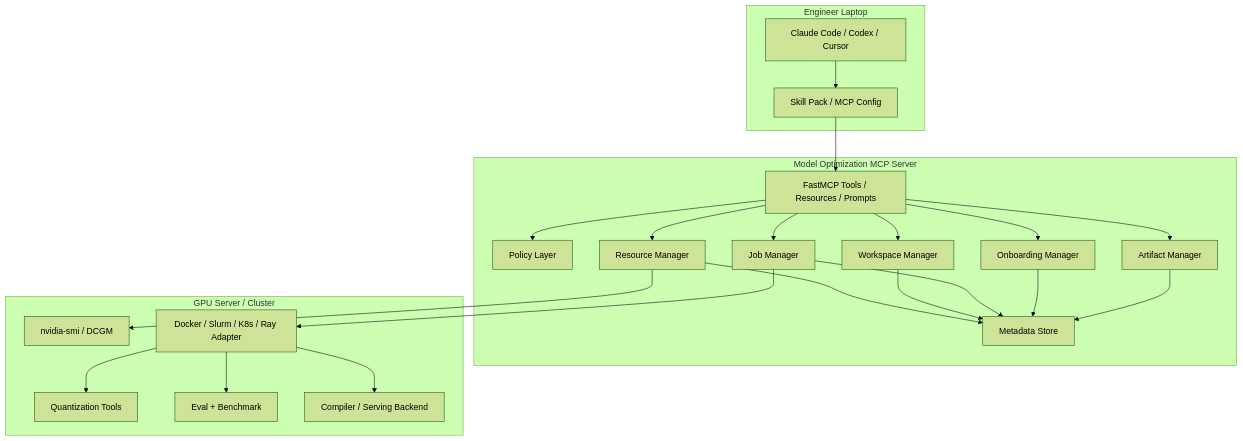
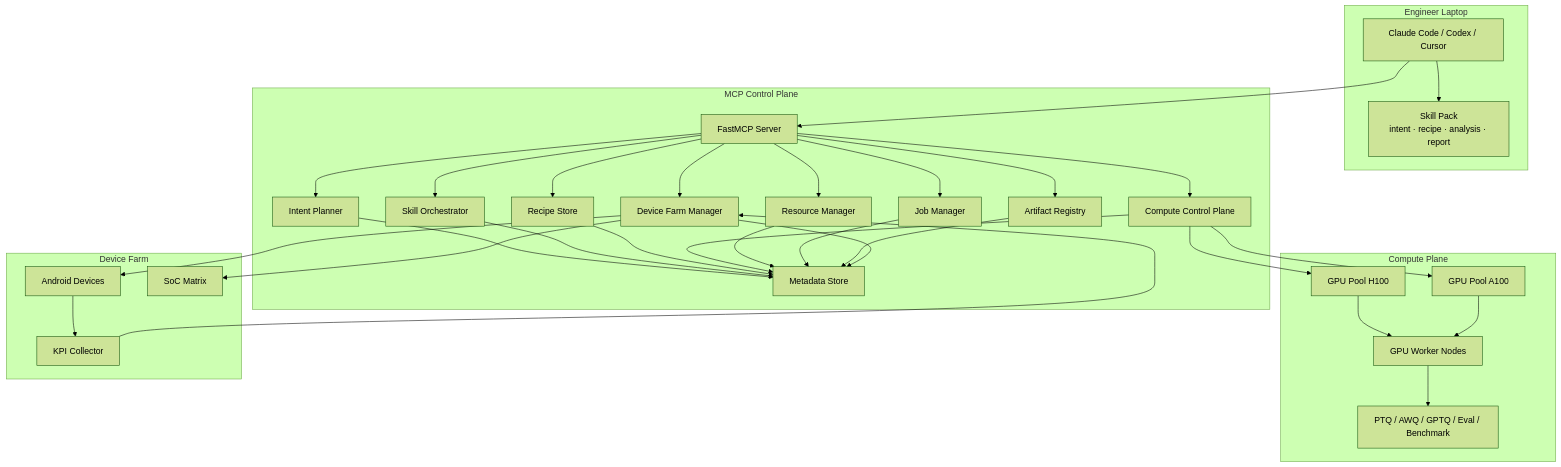
The diagram in docs/architecture.md (Masterzhuior/model-optimization-mcp), drawn with Mermaid (forest theme) before and after one commit. The commit also changed other lines of this file and 26 other files, not shown here.

Commit message:
Expand hybrid model optimization control plane

````diff
--- a/docs/architecture.md
+++ b/docs/architecture.md
@@ -15,44 +7,61 @@
 ```mermaid
 flowchart TB
-    subgraph Client["Engineer Laptop"]
-      A["Claude Code / Codex / Cursor"]
-      S["Skill Pack / MCP Config"]
+    subgraph Local["Engineer Laptop"]
+      Agent["Claude Code / Codex / Cursor"]
+      SkillPack["Skill Pack<br/>intent · recipe · analysis · report"]
     end
 
-    subgraph MCP["Model Optimization MCP Server"]
-      T["FastMCP Tools / Resources / Prompts"]
-      P["Policy Layer"]
-      R["Resource Manager"]
-      W["Workspace Manager"]
-      J["Job Manager"]
-      O["Onboarding Manager"]
-      AR["Artifact Manager"]
+    subgraph Control["MCP Control Plane"]
+      FastMCP["FastMCP Server"]
+      Intent["Intent Planner"]
+      Skills["Skill Orchestrator"]
+      Recipes["Recipe Store"]
+      CP["Compute Control Plane"]
+      RM["Resource Manager"]
+      Jobs["Job Manager"]
+      Artifacts["Artifact Registry"]
+      Farm["Device Farm Manager"]
       DB["Metadata Store"]
     end
 
-    subgraph GPU["GPU Server / Cluster"]
-      G["nvidia-smi / DCGM"]
-      EX["Docker / Slurm / K8s / Ray Adapter"]
-      Q["Quantization Tools"]
-      E["Eval + Benchmark"]
-      C["Compiler / Serving Backend"]
+    subgraph Compute["Compute Plane"]
+      PoolA["GPU Pool H100"]
+      PoolB["GPU Pool A100"]
+      Worker["GPU Worker Nodes"]
+      Tools["PTQ / AWQ / GPTQ / Eval / Benchmark"]
     end
 
-    A --> S --> T
-    T --> P
-    T --> R
-    T --> W
-    T --> J
-    T --> O
-    T --> AR
-    R --> G
-    J --> EX
-    EX --> Q
-    EX --> E
-    EX --> C
-    R --> DB
-    W --> DB
-    J --> DB
-    O --> DB
-    AR --> DB
+    subgraph Devices["Device Farm"]
+      Android["Android Devices"]
+      SoC["SoC Matrix"]
+      KPI["KPI Collector"]
+    end
+
+    Agent --> SkillPack
+    Agent --> FastMCP
+    FastMCP --> Intent
+    FastMCP --> Skills
+    FastMCP --> Recipes
+    FastMCP --> CP
+    FastMCP --> RM
+    FastMCP --> Jobs
+    FastMCP --> Artifacts
+    FastMCP --> Farm
+    Intent --> DB
+    Skills --> DB
+    Recipes --> DB
+    CP --> DB
+    RM --> DB
+    Jobs --> DB
+    Artifacts --> DB
+    Farm --> DB
+    CP --> PoolA
+    CP --> PoolB
+    PoolA --> Worker
+    PoolB --> Worker
+    Worker --> Tools
+    Farm --> Android
+    Farm --> SoC
+    Android --> KPI
+    KPI --> Farm
 ```
````
